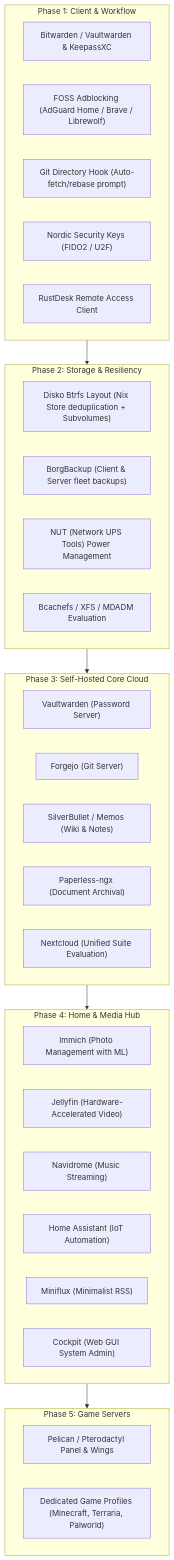
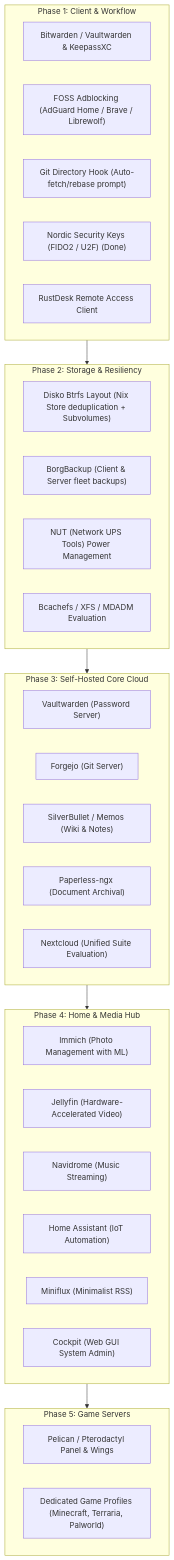
Before and after one commit to jdchamb/infra: the diagram in docs/fleet_services_roadmap.md, drawn with Mermaid. The commit also changed other lines of this file, not shown here.

Commit message:
docs: mark Nordic OpenSK security keys as completed on roadmap

````diff
--- a/docs/fleet_services_roadmap.md
+++ b/docs/fleet_services_roadmap.md
@@ -36,41 +36,41 @@
 ```mermaid
 flowchart TD
     subgraph Client ["Phase 1: Client & Workflow"]
         A1["Bitwarden / Vaultwarden & KeepassXC"]
         A2["FOSS Adblocking (AdGuard Home / Brave / Librewolf)"]
         A3["Git Directory Hook (Auto-fetch/rebase prompt)"]
-        A4["Nordic Security Keys (FIDO2 / U2F)"]
+        A4["Nordic Security Keys (FIDO2 / U2F) (Done)"]
         A5["RustDesk Remote Access Client"]
     end
 
     subgraph Storage ["Phase 2: Storage & Resiliency"]
         B1["Disko Btrfs Layout (Nix Store deduplication + Subvolumes)"]
         B2["BorgBackup (Client & Server fleet backups)"]
         B3["NUT (Network UPS Tools) Power Management"]
         B4["Bcachefs / XFS / MDADM Evaluation"]
     end
 
     subgraph CoreCloud ["Phase 3: Self-Hosted Core Cloud"]
         C1["Vaultwarden (Password Server)"]
         C2["Forgejo (Git Server)"]
         C3["SilverBullet / Memos (Wiki & Notes)"]
         C4["Paperless-ngx (Document Archival)"]
         C5["Nextcloud (Unified Suite Evaluation)"]
     end
 
     subgraph Media ["Phase 4: Home & Media Hub"]
         D1["Immich (Photo Management with ML)"]
         D2["Jellyfin (Hardware-Accelerated Video)"]
         D3["Navidrome (Music Streaming)"]
         D4["Home Assistant (IoT Automation)"]
         D5["Miniflux (Minimalist RSS)"]
         D6["Cockpit (Web GUI System Admin)"]
     end
 
     subgraph Gaming ["Phase 5: Game Servers"]
         E1["Pelican / Pterodactyl Panel & Wings"]
         E2["Dedicated Game Profiles (Minecraft, Terraria, Palworld)"]
     end
 
     Client --> Storage --> CoreCloud --> Media --> Gaming
 ```
````
